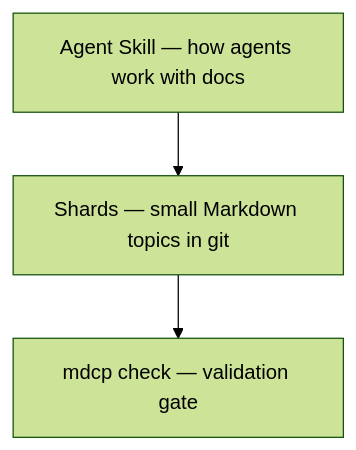
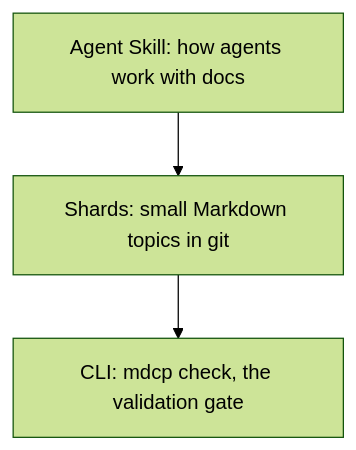
One commit to Merlon-Docs/merlon changed the second of 2 diagrams in README.md. Above: the diagram before and after it, drawn with Mermaid (forest theme). The commit also changed other lines of this file and 6 other files, not shown here.

````diff
--- a/README.md
+++ b/README.md
@@ -116,5 +114,5 @@
 ```mermaid
 flowchart TB
-  skill["Agent Skill — how agents work with docs"] --> shards["Shards — small Markdown topics in git"]
-  shards --> check["mdcp check — validation gate"]
+  skill["Agent Skill: how agents work with docs"] --> shards["Shards: small Markdown topics in git"]
+  shards --> cli["CLI: mdcp check, the validation gate"]
 ```
````
